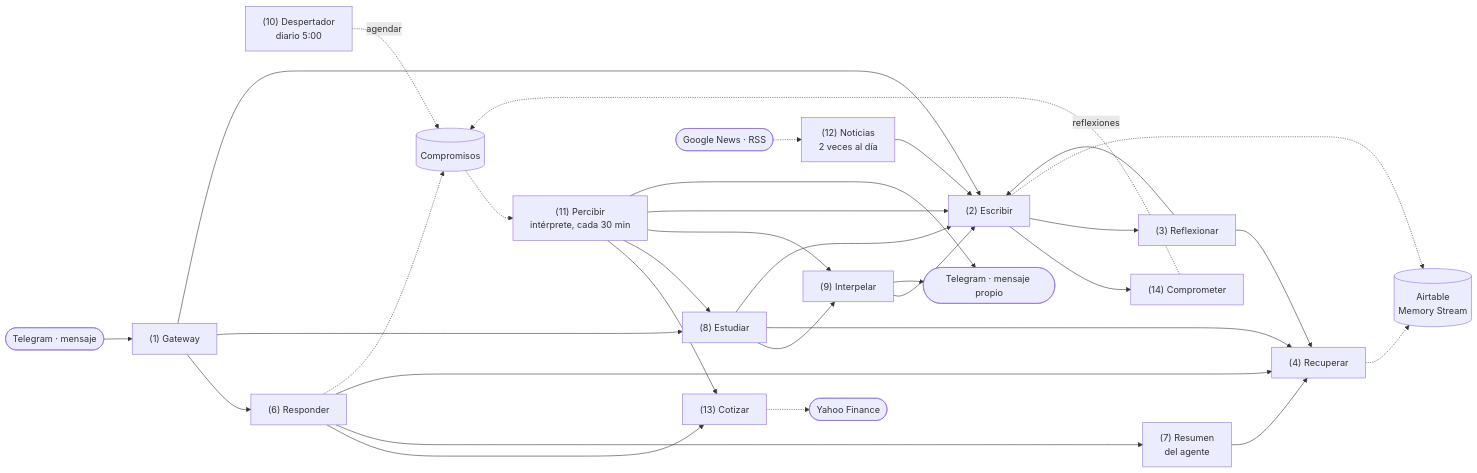
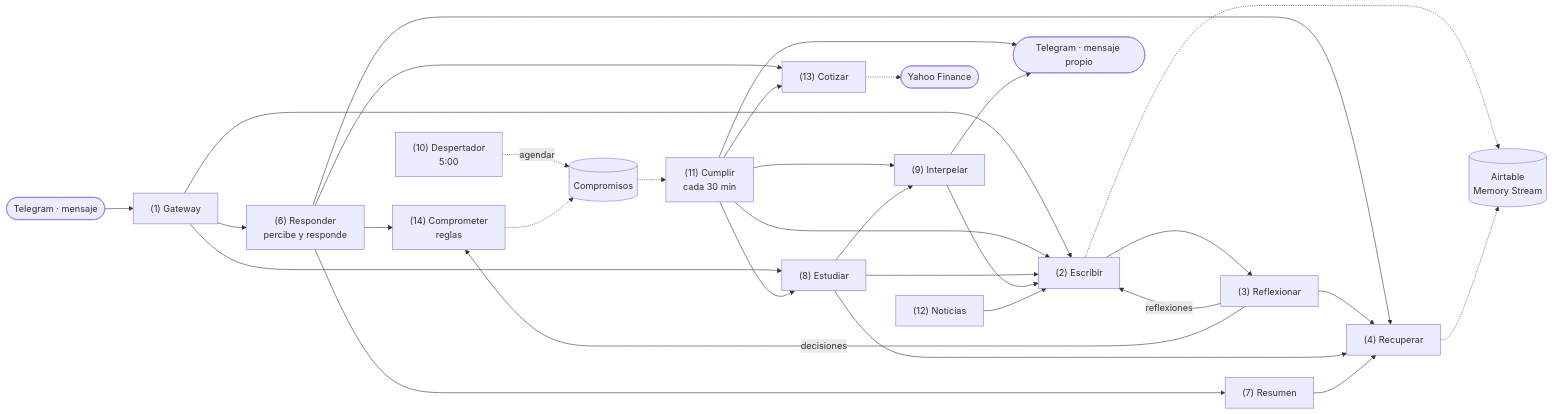
One commit to aguscort/generative-agent changed the diagram in DOCUMENTACION.md. Above: the diagram before and after it, drawn with Mermaid. The commit also changed other lines of this file and 1 other file, not shown here.

````diff
--- a/DOCUMENTACION.md
+++ b/DOCUMENTACION.md
@@ -46,34 +77,33 @@
 ```mermaid
 flowchart LR
     TG([Telegram · mensaje]) --> GW["(1) Gateway"]
-    DSP["(10) Despertador<br/>diario 5:00"] -. agendar .-> CS
-    CS[("Compromisos")] -.-> PER["(11) Percibir<br/>intérprete, cada 30 min"]
-    PER --> COT
-    PER --> EST
-    PER --> INT
-    PER --> ESC
-    PER --> TGO
-    GW --> RS["(6) Responder"]
+    GW --> RS["(6) Responder<br/>percibe y responde"]
+    RS --> CMP["(14) Comprometer<br/>reglas"]
     RS --> COT["(13) Cotizar"]
-    COT -.-> YF([Yahoo Finance])
-    NOT["(12) Noticias<br/>2 veces al día"] --> ESC
-    RSS([Google News · RSS]) -.-> NOT
+    RS --> RES["(7) Resumen"]
+    RS --> REC["(4) Recuperar"]
+    GW --> ESC["(2) Escribir"]
     GW --> EST["(8) Estudiar"]
-    GW --> ESC
-    RS --> RES["(7) Resumen<br/>del agente"]
-    RS --> REC
-    RS -.-> CS
-    RES --> REC
-    EST --> INT["(9) Interpelar"]
+    ESC --> REF["(3) Reflexionar"]
+    REF --> REC
+    REF -- reflexiones --> ESC
+    REF -- decisiones --> CMP
+    DSP["(10) Despertador<br/>5:00"] -. agendar .-> CS
+    CMP -.-> CS[("Compromisos")]
+    CS -.-> CUM["(11) Cumplir<br/>cada 30 min"]
+    CUM --> COT
+    CUM --> EST
+    CUM --> INT["(9) Interpelar"]
+    CUM --> ESC
+    CUM --> TGO([Telegram · mensaje propio])
+    EST --> INT
     EST --> REC
     EST --> ESC
     INT --> ESC
-    INT --> TGO([Telegram · mensaje propio])
-    ESC["(2) Escribir"] --> CMP["(14) Comprometer"]
-    CMP -.-> CS
-    ESC --> REF["(3) Reflexionar"]
-    REF --> REC["(4) Recuperar"]
-    REF -- reflexiones --> ESC
+    INT --> TGO
+    RES --> REC
+    NOT["(12) Noticias"] --> ESC
+    COT -.-> YF([Yahoo Finance])
     ESC -.-> AT[(Airtable<br/>Memory Stream)]
     REC -.-> AT
 ```
````
